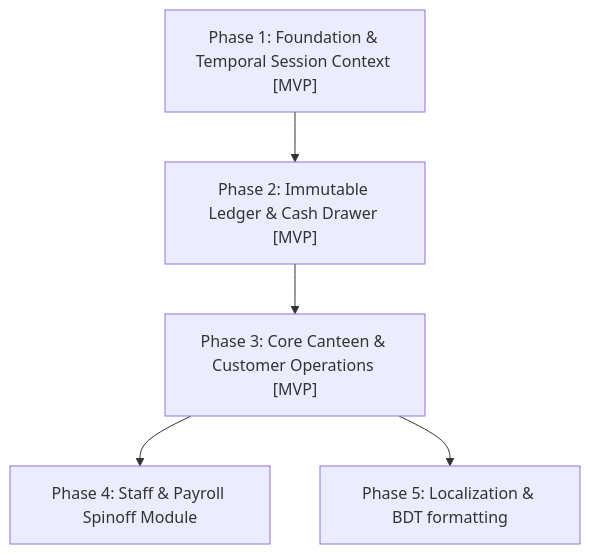
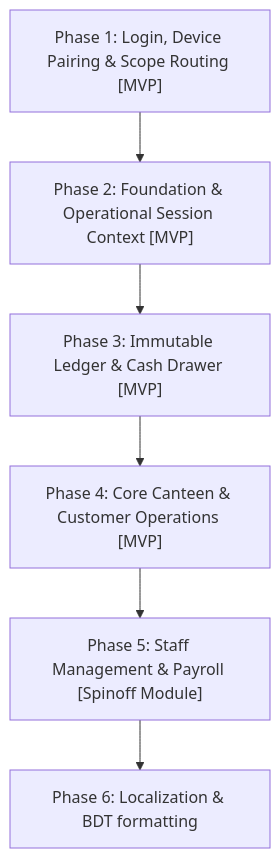
Before and after one commit to marceldavidbaroi/Smart-Hisab: the diagram in docs/master_specifications.md, drawn with Mermaid. The commit also changed other lines of this file and 19 other files, not shown here.

````diff
--- a/docs/master_specifications.md
+++ b/docs/master_specifications.md
@@ -48,7 +48,8 @@
 ```mermaid
 graph TD
-    P1["Phase 1: Foundation & Temporal Session Context [MVP]"] --> P2["Phase 2: Immutable Ledger & Cash Drawer [MVP]"]
-    P2 --> P3["Phase 3: Core Canteen & Customer Operations [MVP]"]
-    P3 --> P4["Phase 4: Staff & Payroll Spinoff Module"]
-    P3 --> P5["Phase 5: Localization & BDT formatting"]
+    P1["Phase 1: Login, Device Pairing & Scope Routing [MVP]"] --> P2["Phase 2: Foundation & Operational Session Context [MVP]"]
+    P2 --> P3["Phase 3: Immutable Ledger & Cash Drawer [MVP]"]
+    P3 --> P4["Phase 4: Core Canteen & Customer Operations [MVP]"]
+    P4 --> P5["Phase 5: Staff Management & Payroll [Spinoff Module]"]
+    P5 --> P6["Phase 6: Localization & BDT formatting"]
 ```
````
